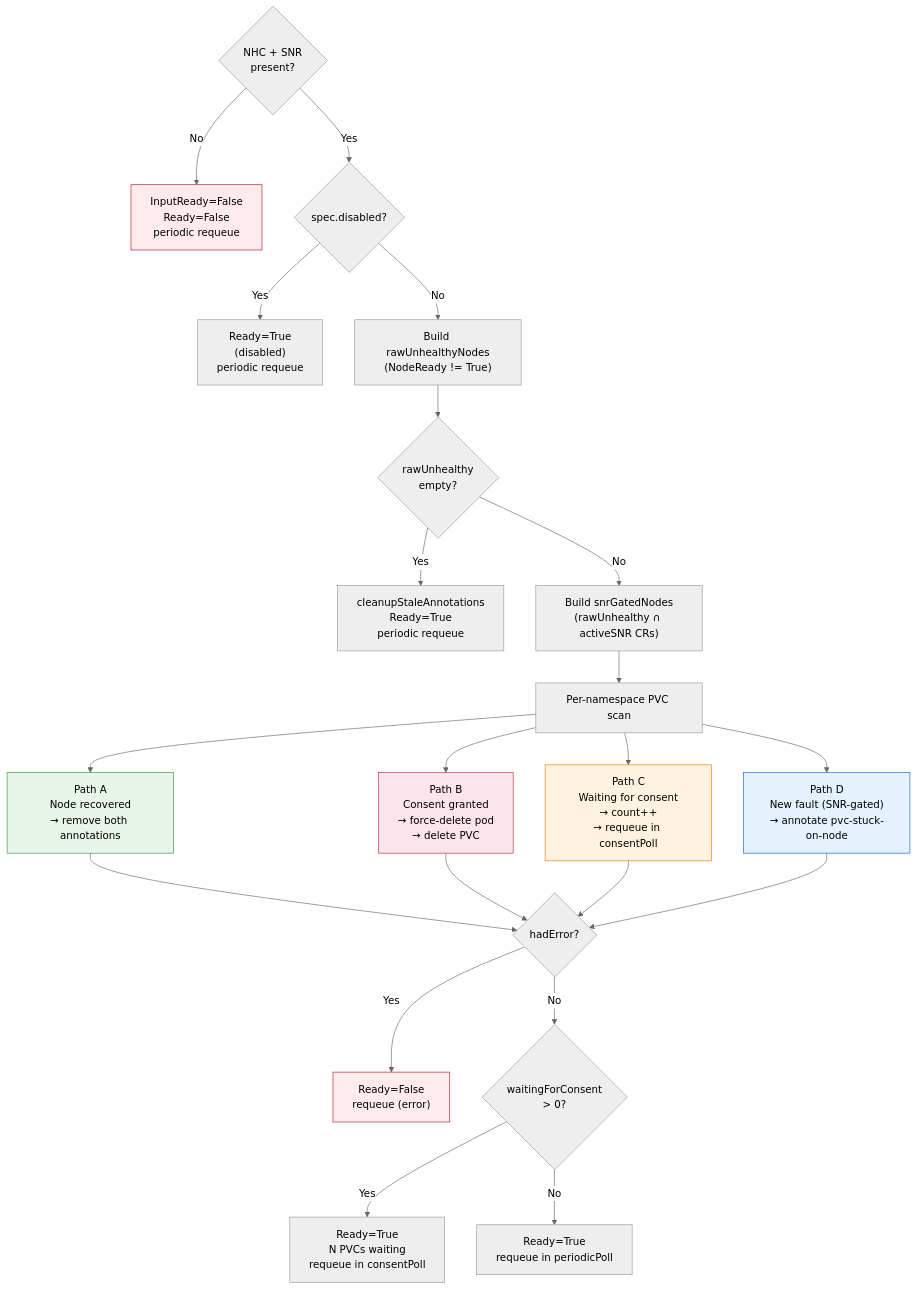
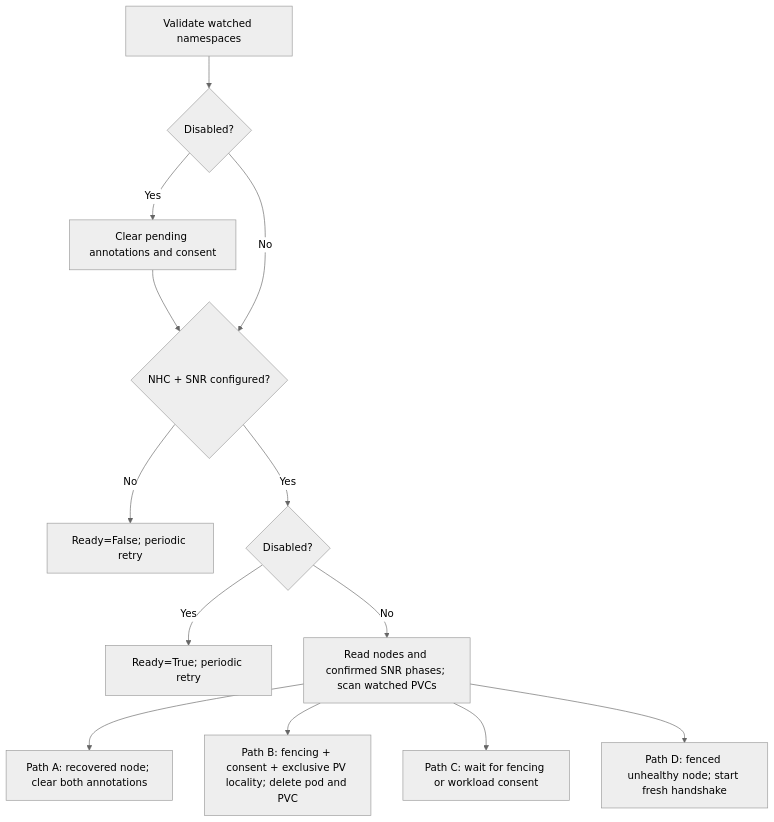
Before and after one commit to openstack-k8s-operators/infra-operator: the diagram in docs/podremediator_architecture.md, drawn with Mermaid (neutral theme). The commit also changed other lines of this file and 9 other files, not shown here.

First line of the commit message:
Require fencing evidence and cancel stale PodRemediator consent

````diff
--- a/docs/podremediator_architecture.md
+++ b/docs/podremediator_architecture.md
@@ -141,40 +141,15 @@
 ```mermaid
 flowchart TD
-    S1{"NHC + SNR\npresent?"} -->|No| E1["InputReady=False\nReady=False\nperiodic requeue"]
-    S1 -->|Yes| S2
-
-    S2{"spec.disabled?"} -->|Yes| E2["Ready=True\n(disabled)\nperiodic requeue"]
-    S2 -->|No| S3
-
-    S3["Build rawUnhealthyNodes\n(NodeReady != True)"]
-    S3 --> S4{"rawUnhealthy\nempty?"}
-
-    S4 -->|Yes| E3["cleanupStaleAnnotations\nReady=True\nperiodic requeue"]
-    S4 -->|No| S5
-
-    S5["Build snrGatedNodes\n(rawUnhealthy ∩ activeSNR CRs)"]
-    S5 --> S6["Per-namespace PVC scan"]
-
-    S6 --> PA
-    S6 --> PB
-    S6 --> PC
-    S6 --> PD
-
-    PA["Path A\nNode recovered\n→ remove both annotations"]
-    PB["Path B\nConsent granted\n→ force-delete pod\n→ delete PVC"]
-    PC["Path C\nWaiting for consent\n→ count++\n→ requeue in consentPoll"]
-    PD["Path D\nNew fault (SNR-gated)\n→ annotate pvc-stuck-on-node"]
-
-    PA & PB & PC & PD --> S7{"hadError?"}
-    S7 -->|Yes| E4["Ready=False\nrequeue (error)"]
-    S7 -->|No| S8{"waitingForConsent\n> 0?"}
-    S8 -->|Yes| E5["Ready=True\nN PVCs waiting\nrequeue in consentPoll"]
-    S8 -->|No| E6["Ready=True\nrequeue in periodicPoll"]
-
-    style PA fill:#e8f5e9,stroke:#388e3c
-    style PB fill:#fce4ec,stroke:#c62828
-    style PC fill:#fff3e0,stroke:#f57c00
-    style PD fill:#e3f2fd,stroke:#1565c0
-    style E1 fill:#ffebee,stroke:#b71c1c
-    style E4 fill:#ffebee,stroke:#b71c1c
+    V["Validate watched namespaces"] --> D{"Disabled?"}
+    D -->|Yes| C["Clear pending annotations and consent"]
+    C --> N{"NHC + SNR configured?"}
+    D -->|No| N
+    N -->|No| E["Ready=False; periodic retry"]
+    N -->|Yes| M{"Disabled?"}
+    M -->|Yes| I["Ready=True; periodic retry"]
+    M -->|No| S["Read nodes and confirmed SNR phases; scan watched PVCs"]
+    S --> A["Path A: recovered node; clear both annotations"]
+    S --> B["Path B: fencing + consent + exclusive PV locality; delete pod and PVC"]
+    S --> W["Path C: wait for fencing or workload consent"]
+    S --> P["Path D: fenced unhealthy node; start fresh handshake"]
 ```
````
